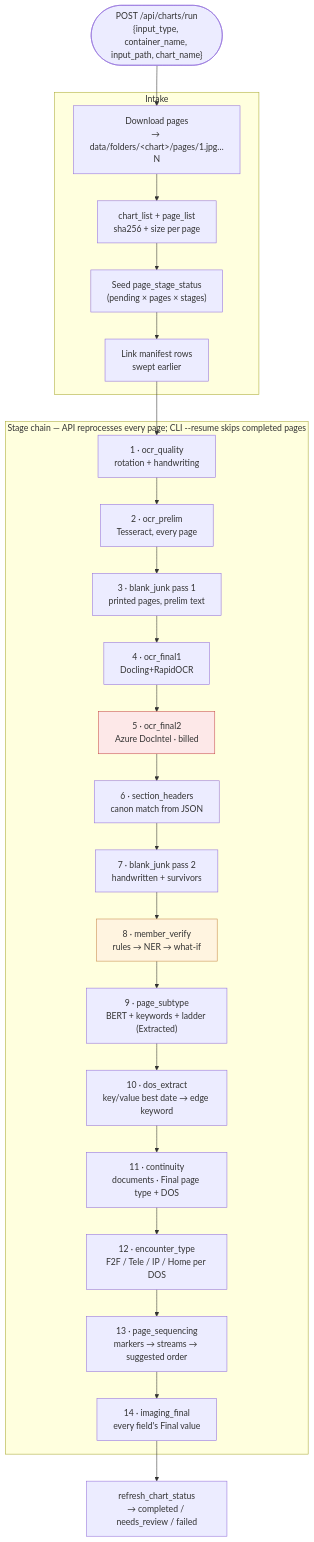
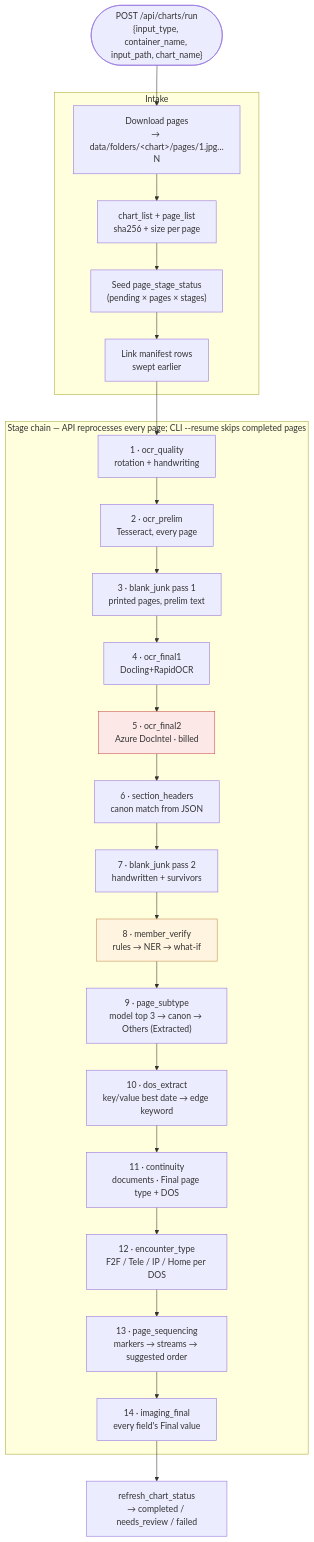
Before and after one commit to abhinavdg-ever/model-repo: the second of 7 diagrams in docs/FLOW.md, drawn with Mermaid. The commit also changed 96 other files, not shown here.

````diff
--- a/docs/FLOW.md
+++ b/docs/FLOW.md
@@ -54,36 +54,36 @@
 ```mermaid
 flowchart TD
   START(["POST /api/charts/run<br/>{input_type, container_name, input_path, chart_name}"]) --> DL
 
   subgraph INTAKE["Intake"]
     DL["Download pages<br/>→ data/folders/&lt;chart&gt;/pages/1.jpg…N"]
     DL --> REG["chart_list + page_list<br/>sha256 + size per page"]
     REG --> SEED["Seed page_stage_status<br/>(pending × pages × stages)"]
     SEED --> LINK["Link manifest rows<br/>swept earlier"]
   end
 
   LINK --> S1
 
   subgraph CHAIN["Stage chain — API reprocesses every page; CLI --resume skips completed pages"]
     S1["1 · ocr_quality<br/>rotation + handwriting"]
     S2["2 · ocr_prelim<br/>Tesseract, every page"]
     S3["3 · blank_junk pass 1<br/>printed pages, prelim text"]
     S4["4 · ocr_final1<br/>Docling+RapidOCR"]
     S5["5 · ocr_final2<br/>Azure DocIntel · billed"]
     S5b["6 · section_headers<br/>canon match from JSON"]
     S6["7 · blank_junk pass 2<br/>handwritten + survivors"]
     S7["8 · member_verify<br/>rules → NER → what-if"]
-    S8["9 · page_subtype<br/>BERT + keywords + ladder (Extracted)"]
+    S8["9 · page_subtype<br/>model top 3 → canon → Others (Extracted)"]
     S9["10 · dos_extract<br/>key/value best date → edge keyword"]
     S9b["11 · continuity<br/>documents · Final page type + DOS"]
     S10["12 · encounter_type<br/>F2F / Tele / IP / Home per DOS"]
     S11["13 · page_sequencing<br/>markers → streams → suggested order"]
     S12["14 · imaging_final<br/>every field's Final value"]
     S1 --> S2 --> S3 --> S4 --> S5 --> S5b --> S6 --> S7 --> S8 --> S9 --> S9b --> S10 --> S11 --> S12
   end
 
   S12 --> DONE["refresh_chart_status<br/>→ completed / needs_review / failed"]
 
   style S5 fill:#fde8e8,stroke:#c74a4a
   style S7 fill:#fff4e0,stroke:#c78a4a
 ```
````
